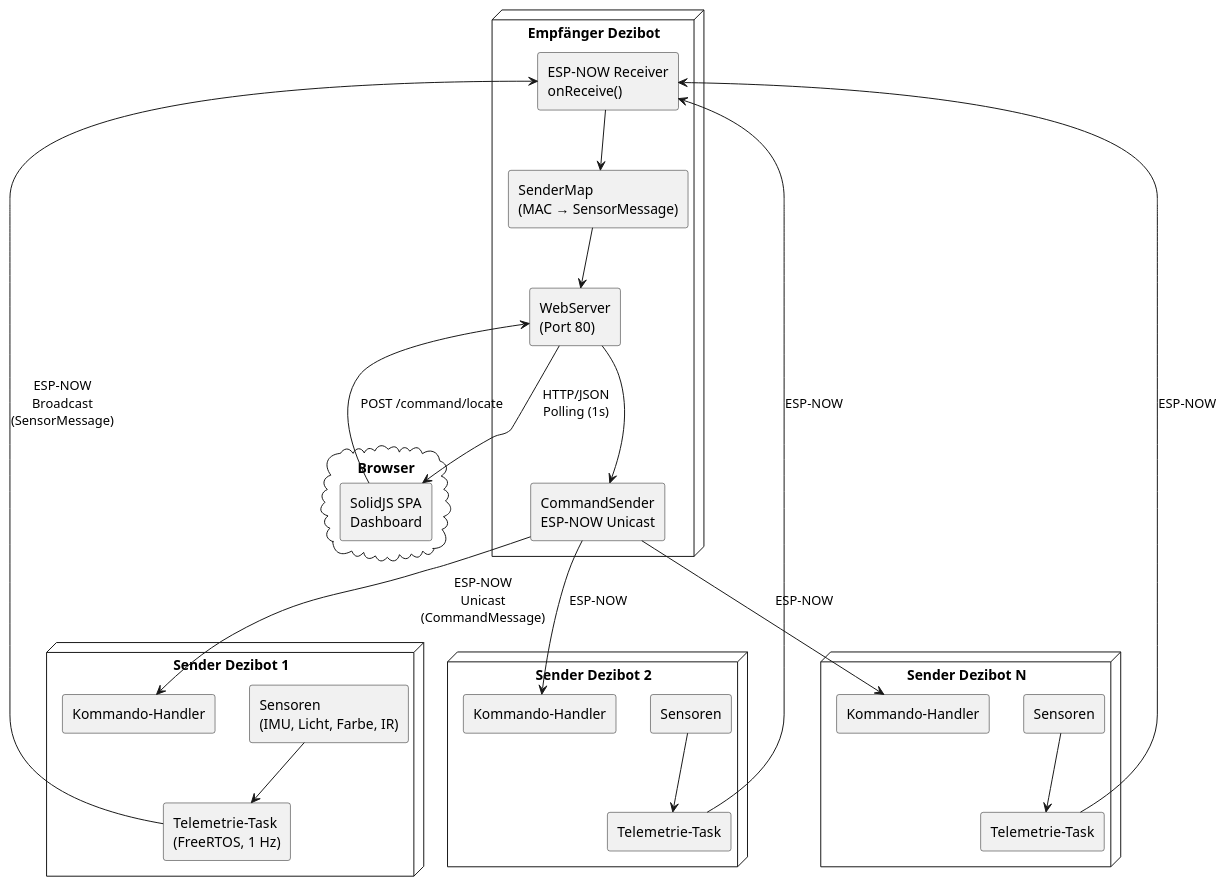
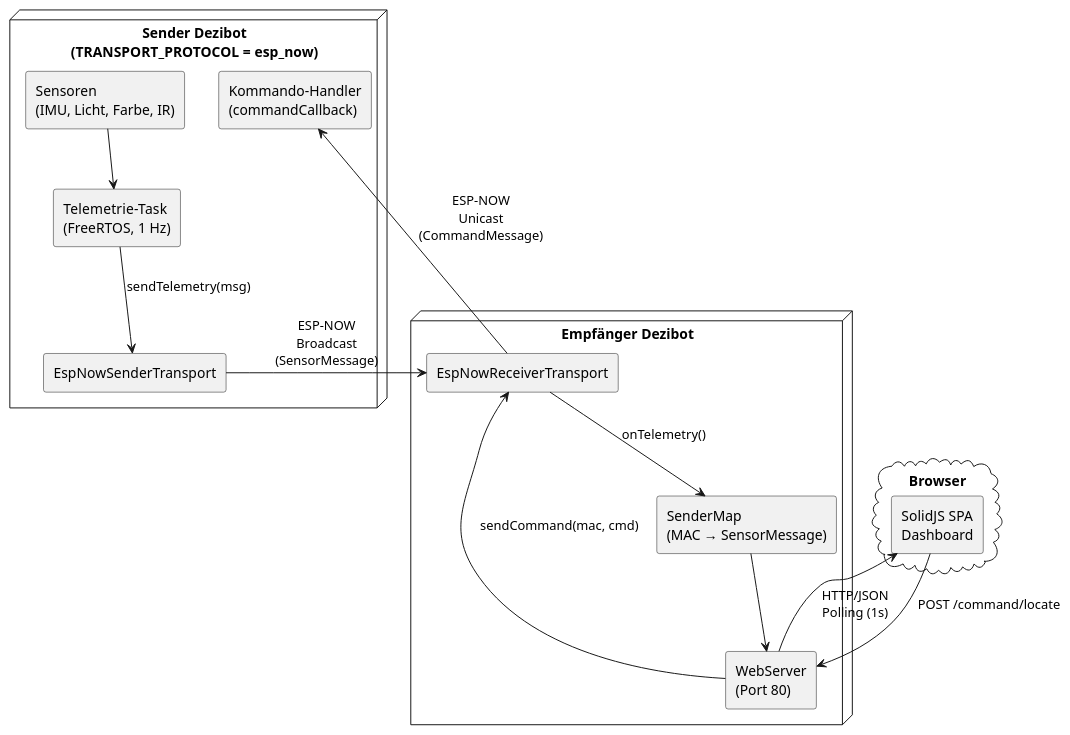
One commit to niclas-j/dezibot-swarm-logging changed the first of 5 diagrams in README.md. Above: the diagram before and after it, drawn with PlantUML. The commit also changed other lines of this file and 14 other files, not shown here.

````diff
--- a/README.md
+++ b/README.md
@@ -57,52 +69,35 @@
 ```plantuml
 @startuml
 skinparam backgroundColor transparent
 skinparam componentStyle rectangle
 
-node "Sender Dezibot 1" as S1 {
-  [Sensoren\n(IMU, Licht, Farbe, IR)] as Sens1
-  [Telemetrie-Task\n(FreeRTOS, 1 Hz)] as Tel1
-  [Kommando-Handler] as Cmd1
-}
-
-node "Sender Dezibot 2" as S2 {
-  [Sensoren] as Sens2
-  [Telemetrie-Task] as Tel2
-  [Kommando-Handler] as Cmd2
-}
-
-node "Sender Dezibot N" as SN {
-  [Sensoren] as SensN
-  [Telemetrie-Task] as TelN
-  [Kommando-Handler] as CmdN
+node "Sender Dezibot\n(TRANSPORT_PROTOCOL = esp_now)" as S {
+  [Sensoren\n(IMU, Licht, Farbe, IR)] as Sens
+  [Telemetrie-Task\n(FreeRTOS, 1 Hz)] as Tel
+  [EspNowSenderTransport] as ST
+  [Kommando-Handler\n(commandCallback)] as Cmd
 }
 
 node "Empfänger Dezibot" as R {
-  [ESP-NOW Receiver\nonReceive()] as Recv
+  [EspNowReceiverTransport] as Recv
   [SenderMap\n(MAC → SensorMessage)] as Map
   [WebServer\n(Port 80)] as Web
-  [CommandSender\nESP-NOW Unicast] as CmdSend
 }
 
 cloud "Browser" as B {
   [SolidJS SPA\nDashboard] as UI
 }
 
-Sens1 --> Tel1
-Tel1 -right-> Recv : ESP-NOW\nBroadcast\n(SensorMessage)
-Sens2 --> Tel2
-Tel2 -right-> Recv : ESP-NOW
-SensN --> TelN
-TelN -right-> Recv : ESP-NOW
+Sens --> Tel
+Tel --> ST : sendTelemetry(msg)
+ST -right-> Recv : ESP-NOW\nBroadcast\n(SensorMessage)
+Recv --> Map : onTelemetry()
 
-Recv --> Map
 Map --> Web
 Web --> UI : HTTP/JSON\nPolling (1s)
 
 UI --> Web : POST /command/locate
-Web --> CmdSend
-CmdSend --> Cmd1 : ESP-NOW\nUnicast\n(CommandMessage)
-CmdSend --> Cmd2 : ESP-NOW
-CmdSend --> CmdN : ESP-NOW
+Web -left-> Recv : sendCommand(mac, cmd)
+Recv -left-> Cmd : ESP-NOW\nUnicast\n(CommandMessage)
 @enduml
 ```
````
